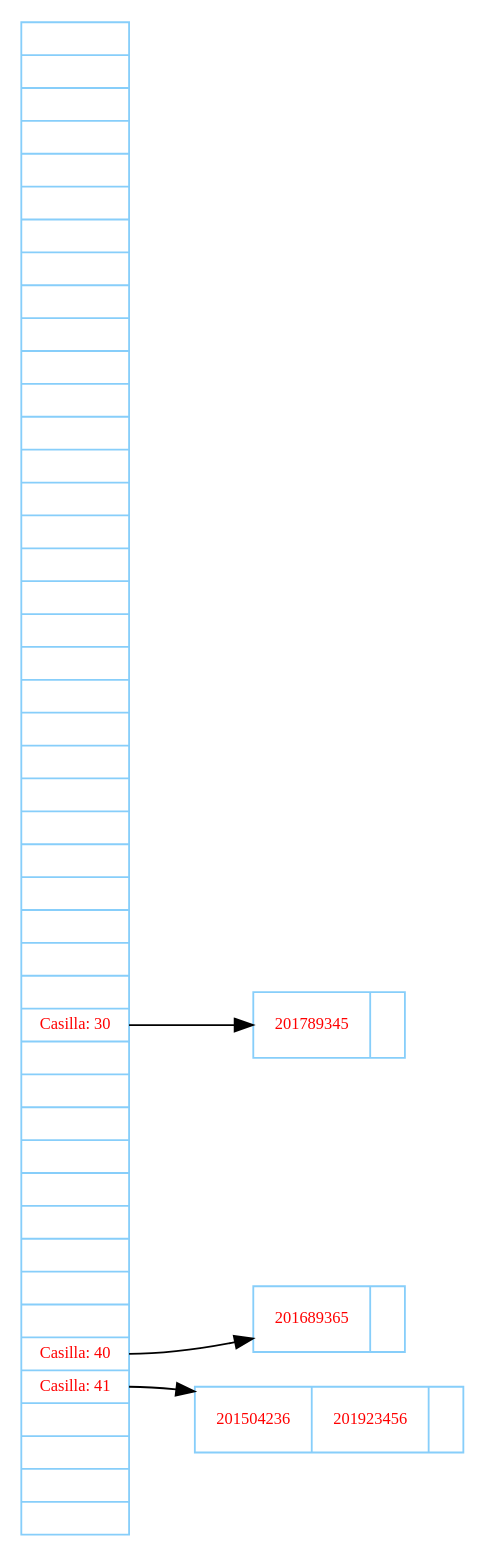
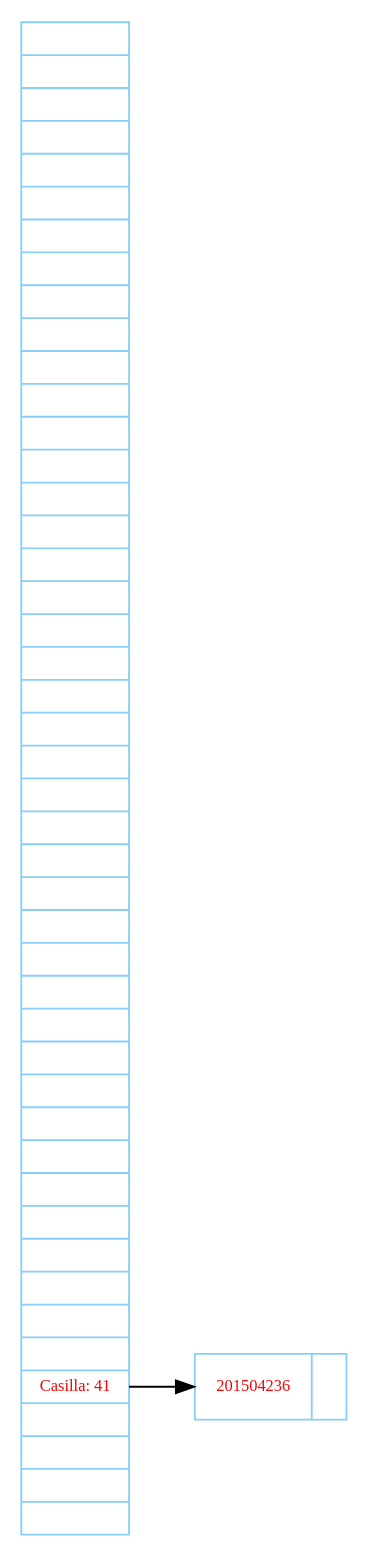
Before and after one commit to AdriGomez95/EDD_1S2020_PY2_201504236: the diagram in Proyecto2/TablaDispersa.dot, drawn with Graphviz. The commit also changed 26 other files, not shown here.

```diff
--- a/Proyecto2/TablaDispersa.dot
+++ b/Proyecto2/TablaDispersa.dot
@@ -1,12 +1,8 @@
 digraph G{
  node[shape=record fontsize=9 fontcolor=red color= lightskyblue fontname = Verdana];
  rankdir=LR;
-nodeR[label="<p0>|<p1>|<p2>|<p3>|<p4>|<p5>|<p6>|<p7>|<p8>|<p9>|<p10>|<p11>|<p12>|<p13>|<p14>|<p15>|<p16>|<p17>|<p18>|<p19>|<p20>|<p21>|<p22>|<p23>|<p24>|<p25>|<p26>|<p27>|<p28>|<p29>|<p30>Casilla: 30|<p31>|<p32>|<p33>|<p34>|<p35>|<p36>|<p37>|<p38>|<p39>|<p40>Casilla: 40|<p41>Casilla: 41|<p42>|<p43>|<p44>|"];
-node30[label="{<p0>201789345|}"];
-nodeR:p30->node30;
-node40[label="{<p0>201689365|}"];
-nodeR:p40->node40;
-node41[label="{<p0>201504236|<p1>201923456|}"];
+nodeR[label="<p0>|<p1>|<p2>|<p3>|<p4>|<p5>|<p6>|<p7>|<p8>|<p9>|<p10>|<p11>|<p12>|<p13>|<p14>|<p15>|<p16>|<p17>|<p18>|<p19>|<p20>|<p21>|<p22>|<p23>|<p24>|<p25>|<p26>|<p27>|<p28>|<p29>|<p30>|<p31>|<p32>|<p33>|<p34>|<p35>|<p36>|<p37>|<p38>|<p39>|<p40>|<p41>Casilla: 41|<p42>|<p43>|<p44>|"];
+node41[label="{<p0>201504236|}"];
 nodeR:p41->node41;
 
 }
```
